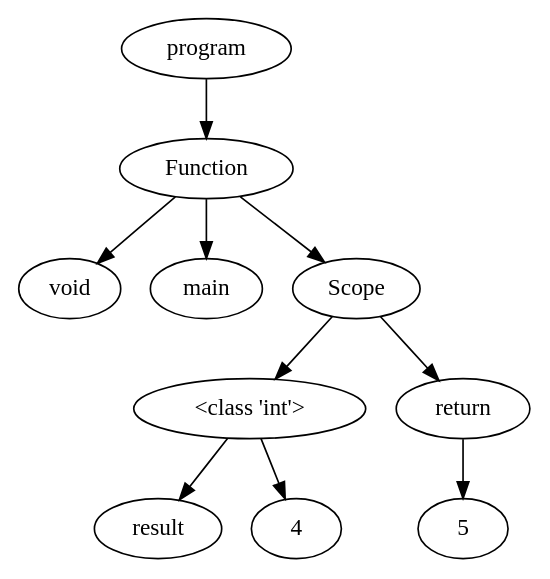
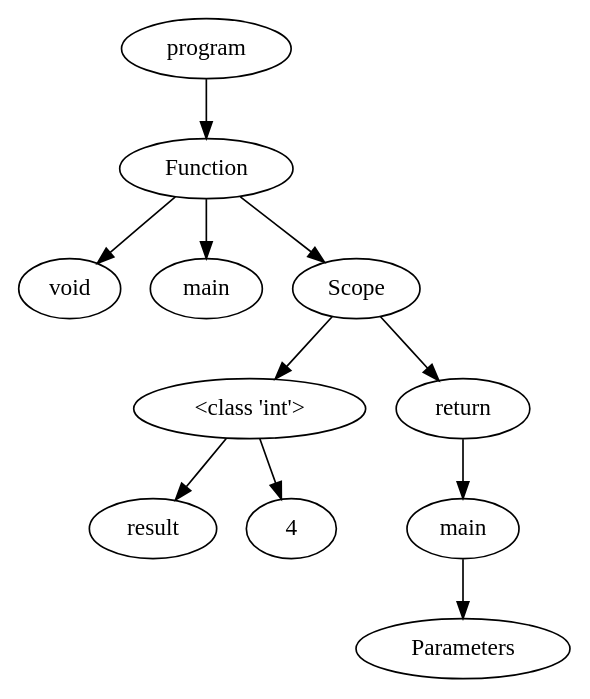
Before and after one commit to NielsVandenBroeck/COMP_Compiler: the diagram in OutputFiles/dotVisualization.dot, drawn with Graphviz. The commit also changed 3 other files, not shown here.

Commit message:
ASTVariable -> ASTFunctionName

```diff
--- a/OutputFiles/dotVisualization.dot
+++ b/OutputFiles/dotVisualization.dot
@@ -1,25 +1,28 @@
 digraph G { 
-"<AST.AST object at 0x000001E33A7D1220> (0)"[label="program"]
-"<AST.ASTFunction object at 0x000001E33A7D1340> (1)"[label="Function"]
-"<AST.AST object at 0x000001E33A7D1220> (0)"->"<AST.ASTFunction object at 0x000001E33A7D1340> (1)"
-"<AST.ASTFunction object at 0x000001E33A7D1340> (1)"[label="Function"]
-"<AST.ASTVoid object at 0x000001E33A7D1F40> (2)"[label="void"]
-"<AST.ASTFunction object at 0x000001E33A7D1340> (1)"->"<AST.ASTVoid object at 0x000001E33A7D1F40> (2)"
-"<AST.ASTVariable object at 0x000001E33A7D1F10> (2)"[label="main"]
-"<AST.ASTFunction object at 0x000001E33A7D1340> (1)"->"<AST.ASTVariable object at 0x000001E33A7D1F10> (2)"
-"<AST.ASTScope object at 0x000001E33A7D12E0> (2)"[label="Scope"]
-"<AST.ASTFunction object at 0x000001E33A7D1340> (1)"->"<AST.ASTScope object at 0x000001E33A7D12E0> (2)"
-"<AST.ASTScope object at 0x000001E33A7D12E0> (2)"[label="Scope"]
-"<AST.ASTDataType object at 0x000001E33A7D1D30> (3)"[label="<class 'int'>"]
-"<AST.ASTScope object at 0x000001E33A7D12E0> (2)"->"<AST.ASTDataType object at 0x000001E33A7D1D30> (3)"
-"<AST.ASTDataType object at 0x000001E33A7D1D30> (3)"[label="<class 'int'>"]
-"<AST.ASTVariable object at 0x000001E33A7D1EE0> (4)"[label="result"]
-"<AST.ASTDataType object at 0x000001E33A7D1D30> (3)"->"<AST.ASTVariable object at 0x000001E33A7D1EE0> (4)"
-"<AST.AST object at 0x000001E33A7D1EB0> (4)"[label="4"]
-"<AST.ASTDataType object at 0x000001E33A7D1D30> (3)"->"<AST.AST object at 0x000001E33A7D1EB0> (4)"
-"<AST.ASTReturn object at 0x000001E33A7D1970> (3)"[label="return"]
-"<AST.ASTScope object at 0x000001E33A7D12E0> (2)"->"<AST.ASTReturn object at 0x000001E33A7D1970> (3)"
-"<AST.ASTReturn object at 0x000001E33A7D1970> (3)"[label="return"]
-"<AST.AST object at 0x000001E33A7D85E0> (4)"[label="5"]
-"<AST.ASTReturn object at 0x000001E33A7D1970> (3)"->"<AST.AST object at 0x000001E33A7D85E0> (4)"
+"<AST.AST object at 0x0000021E67882BB0> (0)"[label="program"]
+"<AST.ASTFunction object at 0x0000021E67882880> (1)"[label="Function"]
+"<AST.AST object at 0x0000021E67882BB0> (0)"->"<AST.ASTFunction object at 0x0000021E67882880> (1)"
+"<AST.ASTFunction object at 0x0000021E67882880> (1)"[label="Function"]
+"<AST.ASTVoid object at 0x0000021E67882430> (2)"[label="void"]
+"<AST.ASTFunction object at 0x0000021E67882880> (1)"->"<AST.ASTVoid object at 0x0000021E67882430> (2)"
+"<AST.ASTFunctionName object at 0x0000021E67882E20> (2)"[label="main"]
+"<AST.ASTFunction object at 0x0000021E67882880> (1)"->"<AST.ASTFunctionName object at 0x0000021E67882E20> (2)"
+"<AST.ASTScope object at 0x0000021E67882550> (2)"[label="Scope"]
+"<AST.ASTFunction object at 0x0000021E67882880> (1)"->"<AST.ASTScope object at 0x0000021E67882550> (2)"
+"<AST.ASTScope object at 0x0000021E67882550> (2)"[label="Scope"]
+"<AST.ASTDataType object at 0x0000021E67888640> (3)"[label="<class 'int'>"]
+"<AST.ASTScope object at 0x0000021E67882550> (2)"->"<AST.ASTDataType object at 0x0000021E67888640> (3)"
+"<AST.ASTDataType object at 0x0000021E67888640> (3)"[label="<class 'int'>"]
+"<AST.ASTVariable object at 0x0000021E678884C0> (4)"[label="result"]
+"<AST.ASTDataType object at 0x0000021E67888640> (3)"->"<AST.ASTVariable object at 0x0000021E678884C0> (4)"
+"<AST.AST object at 0x0000021E67888280> (4)"[label="4"]
+"<AST.ASTDataType object at 0x0000021E67888640> (3)"->"<AST.AST object at 0x0000021E67888280> (4)"
+"<AST.ASTReturn object at 0x0000021E67888BE0> (3)"[label="return"]
+"<AST.ASTScope object at 0x0000021E67882550> (2)"->"<AST.ASTReturn object at 0x0000021E67888BE0> (3)"
+"<AST.ASTReturn object at 0x0000021E67888BE0> (3)"[label="return"]
+"<AST.ASTFunction object at 0x0000021E67888C40> (4)"[label="main"]
+"<AST.ASTReturn object at 0x0000021E67888BE0> (3)"->"<AST.ASTFunction object at 0x0000021E67888C40> (4)"
+"<AST.ASTFunction object at 0x0000021E67888C40> (4)"[label="main"]
+"<AST.ASTParameters object at 0x0000021E67888970> (5)"[label="Parameters"]
+"<AST.ASTFunction object at 0x0000021E67888C40> (4)"->"<AST.ASTParameters object at 0x0000021E67888970> (5)"
 }
```
